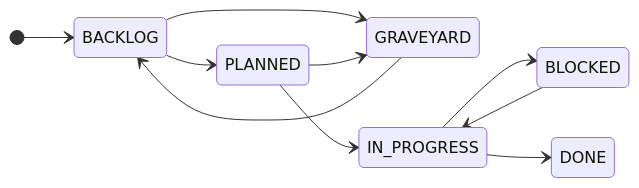
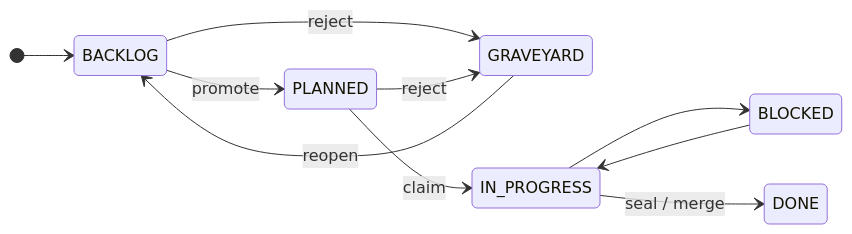
The diagram in docs/diagrams/task-lifecycle.mmd (flyingrobots/xyph), drawn with Mermaid before and after one commit. The commit also changed 16 other files, not shown here.

```diff
--- a/docs/diagrams/task-lifecycle.mmd
+++ b/docs/diagrams/task-lifecycle.mmd
@@ -1,11 +1,11 @@
 stateDiagram-v2
     direction LR
     [*] --> BACKLOG
-    BACKLOG --> PLANNED
-    BACKLOG --> GRAVEYARD
-    PLANNED --> IN_PROGRESS
-    PLANNED --> GRAVEYARD
+    BACKLOG --> PLANNED : promote
+    BACKLOG --> GRAVEYARD : reject
+    PLANNED --> IN_PROGRESS : claim
+    PLANNED --> GRAVEYARD : reject
     IN_PROGRESS --> BLOCKED
-    IN_PROGRESS --> DONE
+    IN_PROGRESS --> DONE : seal / merge
     BLOCKED --> IN_PROGRESS
-    GRAVEYARD --> BACKLOG
+    GRAVEYARD --> BACKLOG : reopen
```
